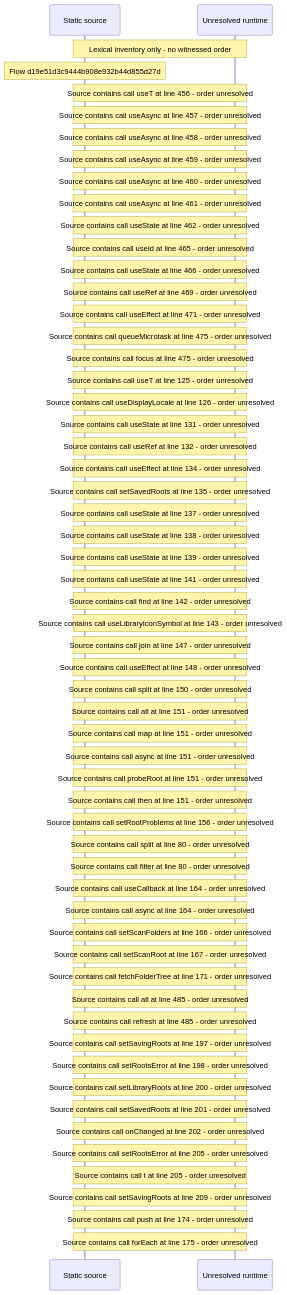
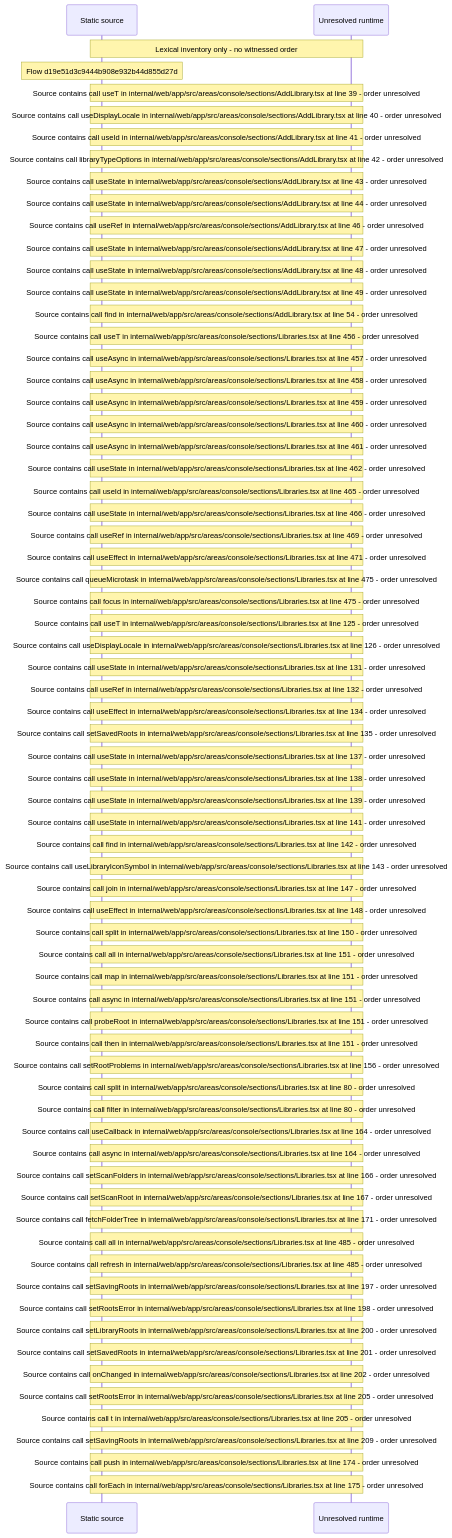
The diagram in docs/web/flows/generated/d19e51d3c9444b908e932b44d855d27d/flow-diagram.md (beamfall/core), drawn with Mermaid before and after one commit. The commit also changed other lines of this file and 715 other files, not shown here.

Commit message:
Regenerate the web flow record with every inventory member resolved (CORE-1762)

````diff
--- a/docs/web/flows/generated/d19e51d3c9444b908e932b44d855d27d/flow-diagram.md
+++ b/docs/web/flows/generated/d19e51d3c9444b908e932b44d855d27d/flow-diagram.md
@@ -10,60 +10,71 @@
 ```mermaid
 sequenceDiagram
     participant S as Static source
     participant U as Unresolved runtime
     Note over S,U: Lexical inventory only - no witnessed order
     Note over S: Flow d19e51d3c9444b908e932b44d855d27d
-    Note over S,U: Source contains call useT at line 456 - order unresolved
-    Note over S,U: Source contains call useAsync at line 457 - order unresolved
-    Note over S,U: Source contains call useAsync at line 458 - order unresolved
-    Note over S,U: Source contains call useAsync at line 459 - order unresolved
-    Note over S,U: Source contains call useAsync at line 460 - order unresolved
-    Note over S,U: Source contains call useAsync at line 461 - order unresolved
-    Note over S,U: Source contains call useState at line 462 - order unresolved
-    Note over S,U: Source contains call useId at line 465 - order unresolved
-    Note over S,U: Source contains call useState at line 466 - order unresolved
-    Note over S,U: Source contains call useRef at line 469 - order unresolved
-    Note over S,U: Source contains call useEffect at line 471 - order unresolved
-    Note over S,U: Source contains call queueMicrotask at line 475 - order unresolved
-    Note over S,U: Source contains call focus at line 475 - order unresolved
-    Note over S,U: Source contains call useT at line 125 - order unresolved
-    Note over S,U: Source contains call useDisplayLocale at line 126 - order unresolved
-    Note over S,U: Source contains call useState at line 131 - order unresolved
-    Note over S,U: Source contains call useRef at line 132 - order unresolved
-    Note over S,U: Source contains call useEffect at line 134 - order unresolved
-    Note over S,U: Source contains call setSavedRoots at line 135 - order unresolved
-    Note over S,U: Source contains call useState at line 137 - order unresolved
-    Note over S,U: Source contains call useState at line 138 - order unresolved
-    Note over S,U: Source contains call useState at line 139 - order unresolved
-    Note over S,U: Source contains call useState at line 141 - order unresolved
-    Note over S,U: Source contains call find at line 142 - order unresolved
-    Note over S,U: Source contains call useLibraryIconSymbol at line 143 - order unresolved
-    Note over S,U: Source contains call join at line 147 - order unresolved
-    Note over S,U: Source contains call useEffect at line 148 - order unresolved
-    Note over S,U: Source contains call split at line 150 - order unresolved
-    Note over S,U: Source contains call all at line 151 - order unresolved
-    Note over S,U: Source contains call map at line 151 - order unresolved
-    Note over S,U: Source contains call async at line 151 - order unresolved
-    Note over S,U: Source contains call probeRoot at line 151 - order unresolved
-    Note over S,U: Source contains call then at line 151 - order unresolved
-    Note over S,U: Source contains call setRootProblems at line 156 - order unresolved
-    Note over S,U: Source contains call split at line 80 - order unresolved
-    Note over S,U: Source contains call filter at line 80 - order unresolved
-    Note over S,U: Source contains call useCallback at line 164 - order unresolved
-    Note over S,U: Source contains call async at line 164 - order unresolved
-    Note over S,U: Source contains call setScanFolders at line 166 - order unresolved
-    Note over S,U: Source contains call setScanRoot at line 167 - order unresolved
-    Note over S,U: Source contains call fetchFolderTree at line 171 - order unresolved
-    Note over S,U: Source contains call all at line 485 - order unresolved
-    Note over S,U: Source contains call refresh at line 485 - order unresolved
-    Note over S,U: Source contains call setSavingRoots at line 197 - order unresolved
-    Note over S,U: Source contains call setRootsError at line 198 - order unresolved
-    Note over S,U: Source contains call setLibraryRoots at line 200 - order unresolved
-    Note over S,U: Source contains call setSavedRoots at line 201 - order unresolved
-    Note over S,U: Source contains call onChanged at line 202 - order unresolved
-    Note over S,U: Source contains call setRootsError at line 205 - order unresolved
-    Note over S,U: Source contains call t at line 205 - order unresolved
-    Note over S,U: Source contains call setSavingRoots at line 209 - order unresolved
-    Note over S,U: Source contains call push at line 174 - order unresolved
-    Note over S,U: Source contains call forEach at line 175 - order unresolved
+    Note over S,U: Source contains call useT in internal/web/app/src/areas/console/sections/AddLibrary.tsx at line 39 - order unresolved
+    Note over S,U: Source contains call useDisplayLocale in internal/web/app/src/areas/console/sections/AddLibrary.tsx at line 40 - order unresolved
+    Note over S,U: Source contains call useId in internal/web/app/src/areas/console/sections/AddLibrary.tsx at line 41 - order unresolved
+    Note over S,U: Source contains call libraryTypeOptions in internal/web/app/src/areas/console/sections/AddLibrary.tsx at line 42 - order unresolved
+    Note over S,U: Source contains call useState in internal/web/app/src/areas/console/sections/AddLibrary.tsx at line 43 - order unresolved
+    Note over S,U: Source contains call useState in internal/web/app/src/areas/console/sections/AddLibrary.tsx at line 44 - order unresolved
+    Note over S,U: Source contains call useRef in internal/web/app/src/areas/console/sections/AddLibrary.tsx at line 46 - order unresolved
+    Note over S,U: Source contains call useState in internal/web/app/src/areas/console/sections/AddLibrary.tsx at line 47 - order unresolved
+    Note over S,U: Source contains call useState in internal/web/app/src/areas/console/sections/AddLibrary.tsx at line 48 - order unresolved
+    Note over S,U: Source contains call useState in internal/web/app/src/areas/console/sections/AddLibrary.tsx at line 49 - order unresolved
+    Note over S,U: Source contains call find in internal/web/app/src/areas/console/sections/AddLibrary.tsx at line 54 - order unresolved
+    Note over S,U: Source contains call useT in internal/web/app/src/areas/console/sections/Libraries.tsx at line 456 - order unresolved
+    Note over S,U: Source contains call useAsync in internal/web/app/src/areas/console/sections/Libraries.tsx at line 457 - order unresolved
+    Note over S,U: Source contains call useAsync in internal/web/app/src/areas/console/sections/Libraries.tsx at line 458 - order unresolved
+    Note over S,U: Source contains call useAsync in internal/web/app/src/areas/console/sections/Libraries.tsx at line 459 - order unresolved
+    Note over S,U: Source contains call useAsync in internal/web/app/src/areas/console/sections/Libraries.tsx at line 460 - order unresolved
+    Note over S,U: Source contains call useAsync in internal/web/app/src/areas/console/sections/Libraries.tsx at line 461 - order unresolved
+    Note over S,U: Source contains call useState in internal/web/app/src/areas/console/sections/Libraries.tsx at line 462 - order unresolved
+    Note over S,U: Source contains call useId in internal/web/app/src/areas/console/sections/Libraries.tsx at line 465 - order unresolved
+    Note over S,U: Source contains call useState in internal/web/app/src/areas/console/sections/Libraries.tsx at line 466 - order unresolved
+    Note over S,U: Source contains call useRef in internal/web/app/src/areas/console/sections/Libraries.tsx at line 469 - order unresolved
+    Note over S,U: Source contains call useEffect in internal/web/app/src/areas/console/sections/Libraries.tsx at line 471 - order unresolved
+    Note over S,U: Source contains call queueMicrotask in internal/web/app/src/areas/console/sections/Libraries.tsx at line 475 - order unresolved
+    Note over S,U: Source contains call focus in internal/web/app/src/areas/console/sections/Libraries.tsx at line 475 - order unresolved
+    Note over S,U: Source contains call useT in internal/web/app/src/areas/console/sections/Libraries.tsx at line 125 - order unresolved
+    Note over S,U: Source contains call useDisplayLocale in internal/web/app/src/areas/console/sections/Libraries.tsx at line 126 - order unresolved
+    Note over S,U: Source contains call useState in internal/web/app/src/areas/console/sections/Libraries.tsx at line 131 - order unresolved
+    Note over S,U: Source contains call useRef in internal/web/app/src/areas/console/sections/Libraries.tsx at line 132 - order unresolved
+    Note over S,U: Source contains call useEffect in internal/web/app/src/areas/console/sections/Libraries.tsx at line 134 - order unresolved
+    Note over S,U: Source contains call setSavedRoots in internal/web/app/src/areas/console/sections/Libraries.tsx at line 135 - order unresolved
+    Note over S,U: Source contains call useState in internal/web/app/src/areas/console/sections/Libraries.tsx at line 137 - order unresolved
+    Note over S,U: Source contains call useState in internal/web/app/src/areas/console/sections/Libraries.tsx at line 138 - order unresolved
+    Note over S,U: Source contains call useState in internal/web/app/src/areas/console/sections/Libraries.tsx at line 139 - order unresolved
+    Note over S,U: Source contains call useState in internal/web/app/src/areas/console/sections/Libraries.tsx at line 141 - order unresolved
+    Note over S,U: Source contains call find in internal/web/app/src/areas/console/sections/Libraries.tsx at line 142 - order unresolved
+    Note over S,U: Source contains call useLibraryIconSymbol in internal/web/app/src/areas/console/sections/Libraries.tsx at line 143 - order unresolved
+    Note over S,U: Source contains call join in internal/web/app/src/areas/console/sections/Libraries.tsx at line 147 - order unresolved
+    Note over S,U: Source contains call useEffect in internal/web/app/src/areas/console/sections/Libraries.tsx at line 148 - order unresolved
+    Note over S,U: Source contains call split in internal/web/app/src/areas/console/sections/Libraries.tsx at line 150 - order unresolved
+    Note over S,U: Source contains call all in internal/web/app/src/areas/console/sections/Libraries.tsx at line 151 - order unresolved
+    Note over S,U: Source contains call map in internal/web/app/src/areas/console/sections/Libraries.tsx at line 151 - order unresolved
+    Note over S,U: Source contains call async in internal/web/app/src/areas/console/sections/Libraries.tsx at line 151 - order unresolved
+    Note over S,U: Source contains call probeRoot in internal/web/app/src/areas/console/sections/Libraries.tsx at line 151 - order unresolved
+    Note over S,U: Source contains call then in internal/web/app/src/areas/console/sections/Libraries.tsx at line 151 - order unresolved
+    Note over S,U: Source contains call setRootProblems in internal/web/app/src/areas/console/sections/Libraries.tsx at line 156 - order unresolved
+    Note over S,U: Source contains call split in internal/web/app/src/areas/console/sections/Libraries.tsx at line 80 - order unresolved
+    Note over S,U: Source contains call filter in internal/web/app/src/areas/console/sections/Libraries.tsx at line 80 - order unresolved
+    Note over S,U: Source contains call useCallback in internal/web/app/src/areas/console/sections/Libraries.tsx at line 164 - order unresolved
+    Note over S,U: Source contains call async in internal/web/app/src/areas/console/sections/Libraries.tsx at line 164 - order unresolved
+    Note over S,U: Source contains call setScanFolders in internal/web/app/src/areas/console/sections/Libraries.tsx at line 166 - order unresolved
+    Note over S,U: Source contains call setScanRoot in internal/web/app/src/areas/console/sections/Libraries.tsx at line 167 - order unresolved
+    Note over S,U: Source contains call fetchFolderTree in internal/web/app/src/areas/console/sections/Libraries.tsx at line 171 - order unresolved
+    Note over S,U: Source contains call all in internal/web/app/src/areas/console/sections/Libraries.tsx at line 485 - order unresolved
+    Note over S,U: Source contains call refresh in internal/web/app/src/areas/console/sections/Libraries.tsx at line 485 - order unresolved
+    Note over S,U: Source contains call setSavingRoots in internal/web/app/src/areas/console/sections/Libraries.tsx at line 197 - order unresolved
+    Note over S,U: Source contains call setRootsError in internal/web/app/src/areas/console/sections/Libraries.tsx at line 198 - order unresolved
+    Note over S,U: Source contains call setLibraryRoots in internal/web/app/src/areas/console/sections/Libraries.tsx at line 200 - order unresolved
+    Note over S,U: Source contains call setSavedRoots in internal/web/app/src/areas/console/sections/Libraries.tsx at line 201 - order unresolved
+    Note over S,U: Source contains call onChanged in internal/web/app/src/areas/console/sections/Libraries.tsx at line 202 - order unresolved
+    Note over S,U: Source contains call setRootsError in internal/web/app/src/areas/console/sections/Libraries.tsx at line 205 - order unresolved
+    Note over S,U: Source contains call t in internal/web/app/src/areas/console/sections/Libraries.tsx at line 205 - order unresolved
+    Note over S,U: Source contains call setSavingRoots in internal/web/app/src/areas/console/sections/Libraries.tsx at line 209 - order unresolved
+    Note over S,U: Source contains call push in internal/web/app/src/areas/console/sections/Libraries.tsx at line 174 - order unresolved
+    Note over S,U: Source contains call forEach in internal/web/app/src/areas/console/sections/Libraries.tsx at line 175 - order unresolved
 ```
````
